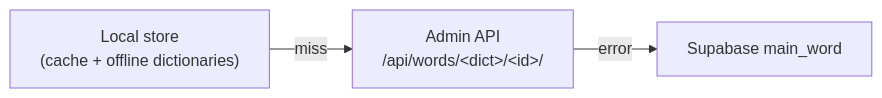
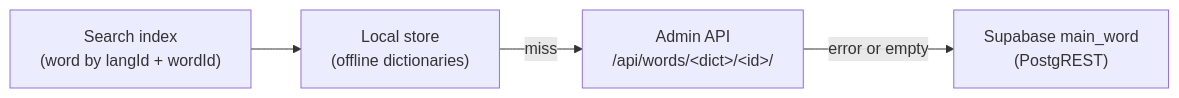
Before and after one commit to alehmazok/skarnik_android: the second of 2 diagrams in docs/architecture.md, drawn with Mermaid. The commit also changed other lines of this file and 44 other files, not shown here.

````diff
--- a/docs/architecture.md
+++ b/docs/architecture.md
@@ -113,5 +115,6 @@
 ```mermaid
 flowchart LR
-    L["Local store<br/>(cache + offline dictionaries)"] -->|miss| A["Admin API<br/>/api/words/&lt;dict&gt;/&lt;id&gt;/"]
-    A -->|error| S["Supabase main_word"]
+    W["Search index<br/>(word by langId + wordId)"] --> L["Local store<br/>(offline dictionaries)"]
+    L -->|miss| A["Admin API<br/>/api/words/&lt;dict&gt;/&lt;id&gt;/"]
+    A -->|error or empty| S["Supabase main_word<br/>(PostgREST)"]
 ```
````
